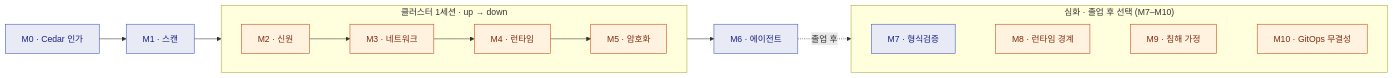
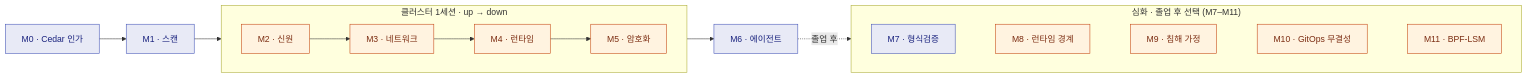
Before and after one commit to dsaedsae/cloudsec-policy-stack: the first of 2 diagrams in labs/README.md, drawn with Mermaid. The commit also changed other lines of this file and 11 other files, not shown here.

````diff
--- a/labs/README.md
+++ b/labs/README.md
@@ -13,18 +13,18 @@
 ```mermaid
 flowchart LR
     M0[M0 · Cedar 인가] --> M1[M1 · 스캔] --> M2[M2 · 신원]
     subgraph S["클러스터 1세션 · up → down"]
       direction LR
       M2 --> M3[M3 · 네트워크] --> M4[M4 · 런타임] --> M5[M5 · 암호화]
     end
     M5 --> M6[M6 · 에이전트]
     M6 -. 졸업 후 .-> M7
-    subgraph ADV["심화 · 졸업 후 선택 (M7–M10)"]
+    subgraph ADV["심화 · 졸업 후 선택 (M7–M11)"]
       direction LR
-      M7[M7 · 형식검증] ~~~ M8[M8 · 런타임 경계] ~~~ M9[M9 · 침해 가정] ~~~ M10[M10 · GitOps 무결성]
+      M7[M7 · 형식검증] ~~~ M8[M8 · 런타임 경계] ~~~ M9[M9 · 침해 가정] ~~~ M10[M10 · GitOps 무결성] ~~~ M11[M11 · BPF-LSM]
     end
     classDef nc fill:#e8eaf6,stroke:#3f51b5,color:#1a237e;
     classDef cl fill:#fff3e0,stroke:#c2410c,color:#7c2d12;
     class M0,M1,M6,M7 nc;
-    class M2,M3,M4,M5,M8,M9,M10 cl;
+    class M2,M3,M4,M5,M8,M9,M10,M11 cl;
 ```
````
